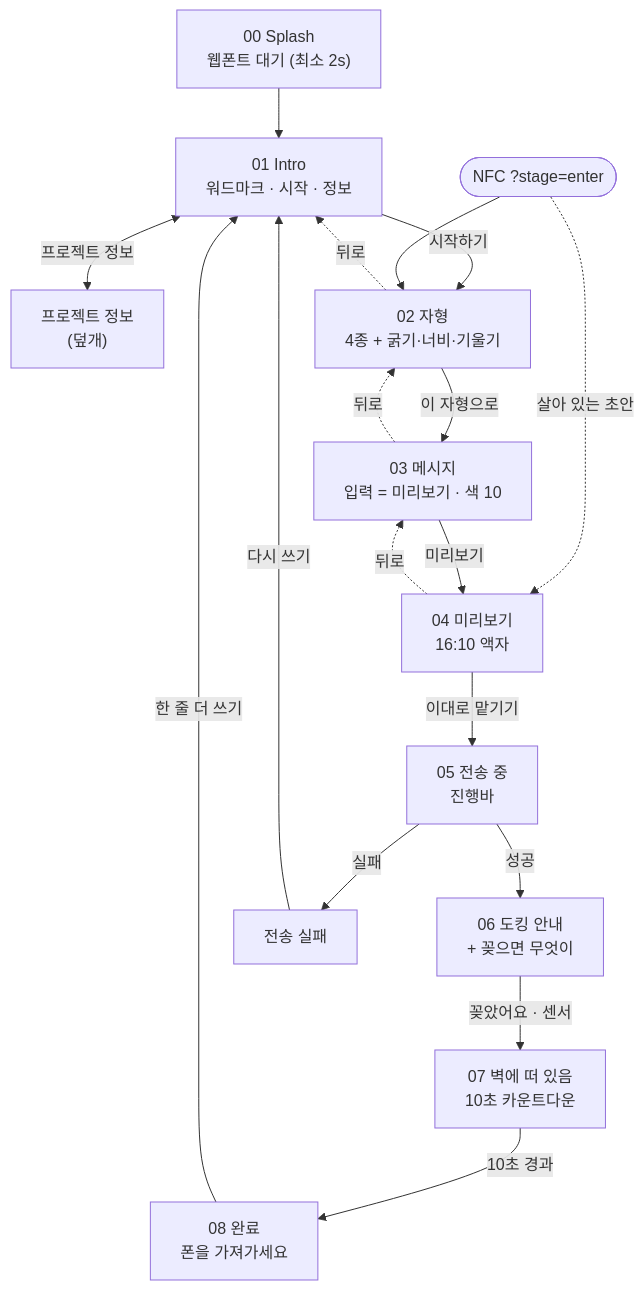
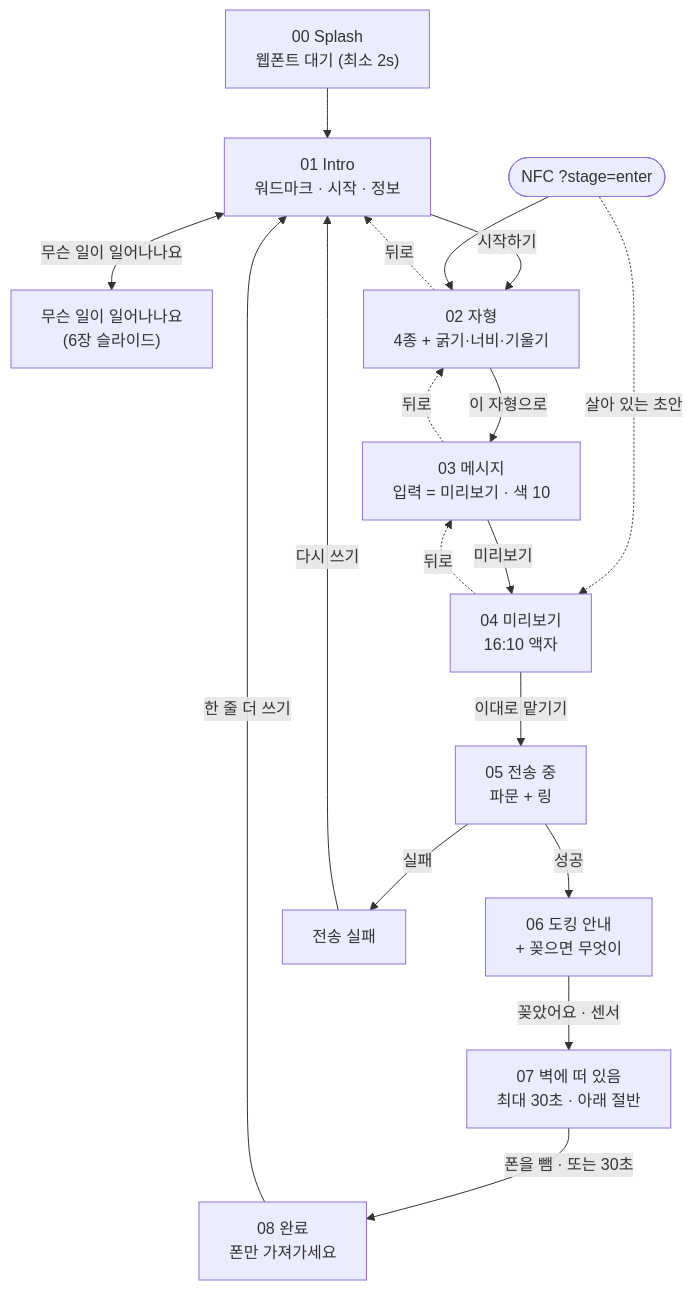
Before and after one commit to moomiryu/dock-webapp: the diagram in design/ia-structure.md, drawn with Mermaid. The commit also changed other lines of this file and 1 other file, not shown here.

````diff
--- a/design/ia-structure.md
+++ b/design/ia-structure.md
@@ -52,34 +52,34 @@
 ```mermaid
 flowchart TD
     SPLASH["00 Splash<br/>웹폰트 대기 (최소 2s)"]
     HOME["01 Intro<br/>워드마크 · 시작 · 정보"]
-    INFO["프로젝트 정보<br/>(덮개)"]
+    INFO["무슨 일이 일어나나요<br/>(6장 슬라이드)"]
     GLYPH["02 자형<br/>4종 + 굵기·너비·기울기"]
     COMPOSE["03 메시지<br/>입력 = 미리보기 · 색 10"]
     PREVIEW["04 미리보기<br/>16:10 액자"]
-    SENDING["05 전송 중<br/>진행바"]
+    SENDING["05 전송 중<br/>파문 + 링"]
     DOCK["06 도킹 안내<br/>+ 꽂으면 무엇이"]
-    ONWALL["07 벽에 떠 있음<br/>10초 카운트다운"]
-    DONE["08 완료<br/>폰을 가져가세요"]
+    ONWALL["07 벽에 떠 있음<br/>최대 30초 · 아래 절반"]
+    DONE["08 완료<br/>폰만 가져가세요"]
     ERR["전송 실패"]
 
     SPLASH --> HOME
     HOME -->|시작하기| GLYPH
-    HOME <-->|프로젝트 정보| INFO
+    HOME <-->|무슨 일이 일어나나요| INFO
     NFC(["NFC ?stage=enter"]) --> GLYPH
     NFC -.->|살아 있는 초안| PREVIEW
 
     GLYPH -->|이 자형으로| COMPOSE
     GLYPH -.->|뒤로| HOME
     COMPOSE -->|미리보기| PREVIEW
     COMPOSE -.->|뒤로| GLYPH
     PREVIEW -->|이대로 맡기기| SENDING
     PREVIEW -.->|뒤로| COMPOSE
 
     SENDING -->|성공| DOCK
     SENDING -->|실패| ERR
     ERR -->|다시 쓰기| HOME
     DOCK -->|꽂았어요 · 센서| ONWALL
-    ONWALL -->|10초 경과| DONE
+    ONWALL -->|폰을 뺌 · 또는 30초| DONE
     DONE -->|한 줄 더 쓰기| HOME
 ```
````
